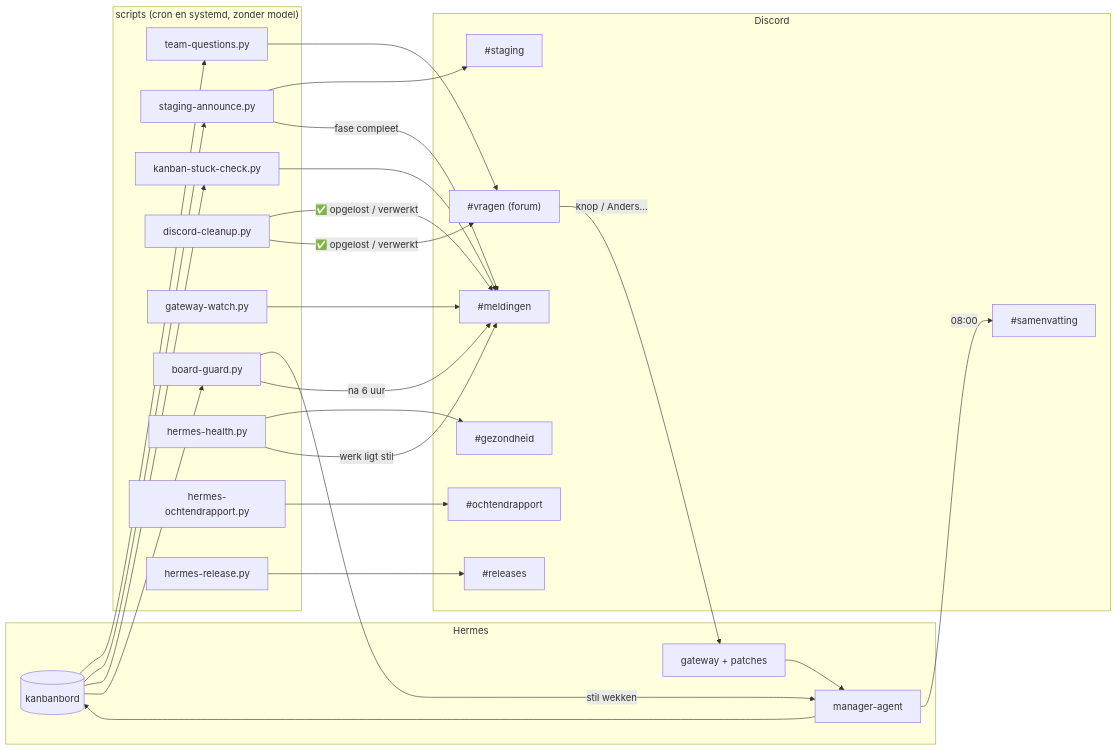
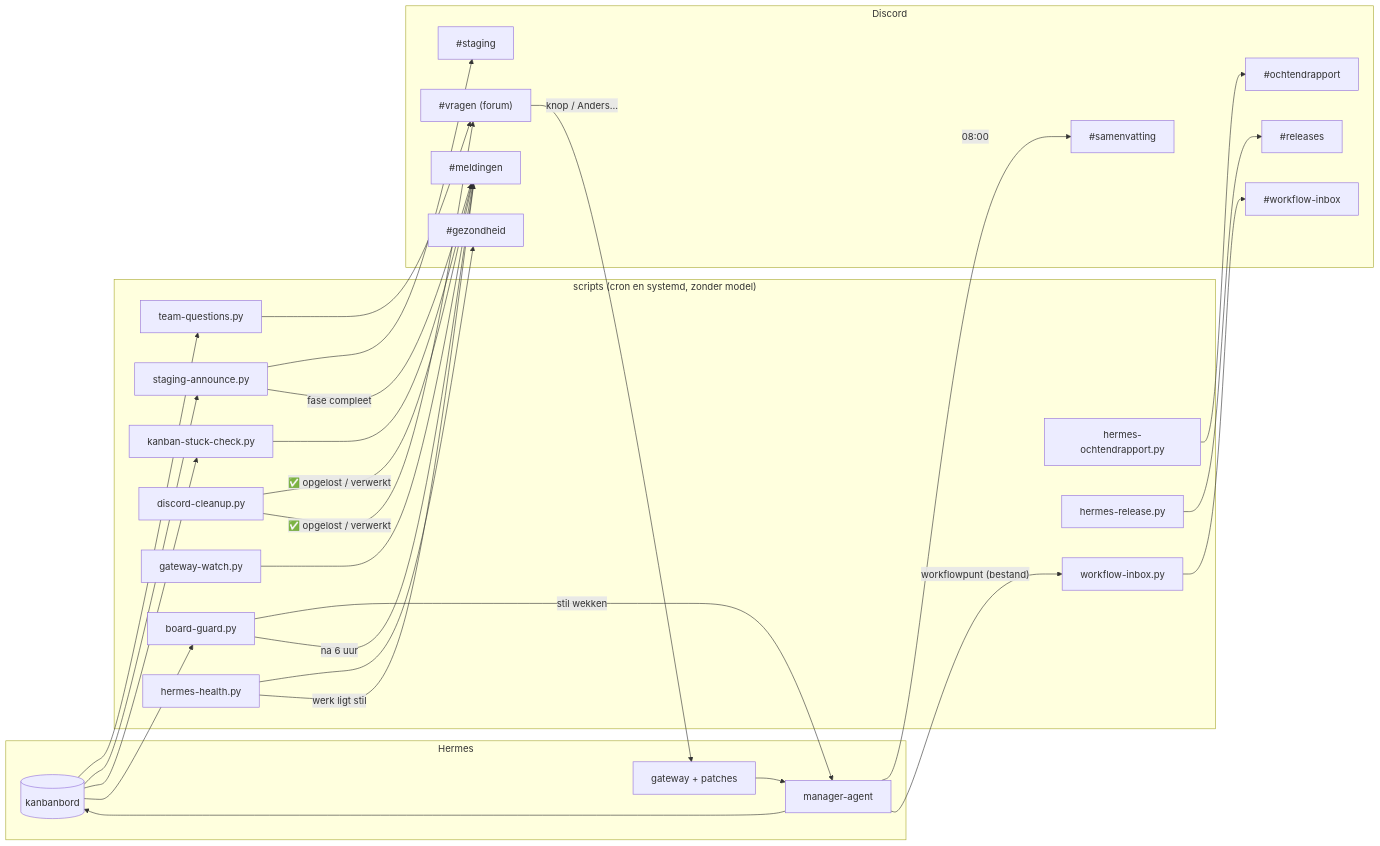
Before and after one commit to BARTBARTBART121231231254365423734568u3/hermes-discord-flow: the second of 2 diagrams in README.md, drawn with Mermaid. The commit also changed other lines of this file and 15 other files, not shown here.

Commit message:
Workflow-inbox in Discord, vraagcontrole alleen voor echte vragen, voorbeeldwrapper hermes-testdb

````diff
--- a/README.md
+++ b/README.md
@@ -62,42 +75,45 @@
 ```mermaid
 flowchart LR
     subgraph Hermes
       B[(kanbanbord)]
       M[manager-agent]
       G[gateway + patches]
     end
     subgraph Scripts["scripts (cron en systemd, zonder model)"]
       Q[team-questions.py]
       S[staging-announce.py]
       K[kanban-stuck-check.py]
       C[discord-cleanup.py]
       W[gateway-watch.py]
       BG[board-guard.py]
       H[hermes-health.py]
       O[hermes-ochtendrapport.py]
       R[hermes-release.py]
+      I[workflow-inbox.py]
     end
     subgraph Discord
       V["#vragen (forum)"]
       ME["#meldingen"]
       ST["#staging"]
       SA["#samenvatting"]
       OR["#ochtendrapport"]
       GZ["#gezondheid"]
       RE["#releases"]
+      WI["#workflow-inbox"]
     end
     B --> Q --> V
     V -- "knop / Anders…" --> G --> M --> B
     B --> S --> ST
     S -- "fase compleet" --> ME
     B --> K --> ME
     C -- "✅ opgelost / verwerkt" --> ME & V
     W --> ME
     B --> BG -- "stil wekken" --> M
     BG -- "na 6 uur" --> ME
     M -- "08:00" --> SA
     H --> GZ
     H -- "werk ligt stil" --> ME
     O --> OR
     R --> RE
+    M -- "workflowpunt (bestand)" --> I --> WI
 ```
````
